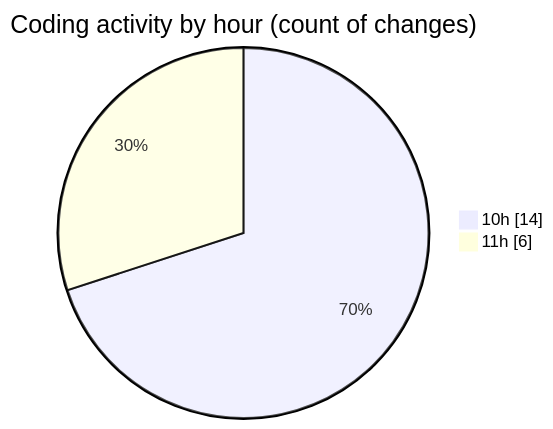
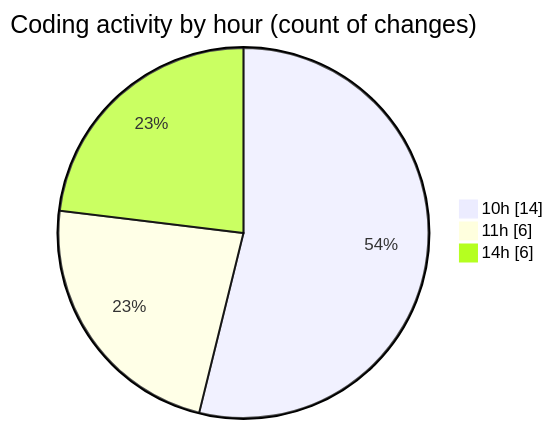
The second of 2 diagrams in 2025-01-29/audiobooks-web/README.md (robertbonfada/code-tracking), drawn with Mermaid before and after one commit. The commit also changed other lines of this file and 1 other file, not shown here.

````diff
--- a/2025-01-29/audiobooks-web/README.md
+++ b/2025-01-29/audiobooks-web/README.md
@@ -33,6 +33,7 @@
 ```mermaid
 pie showData
 title Coding activity by hour (count of changes)
 "10h" : 14
 "11h" : 6
+"14h" : 6
 ```
````
